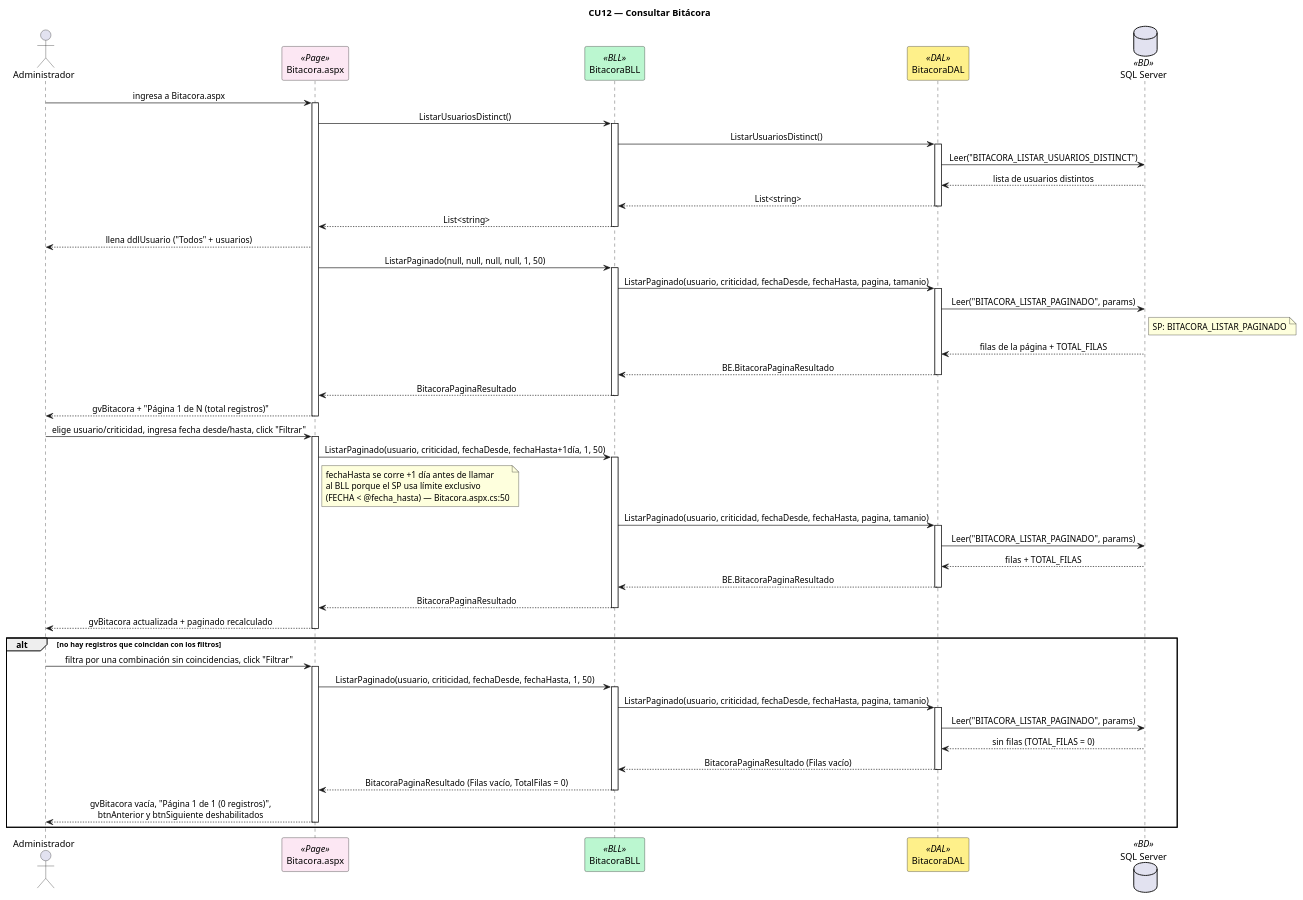
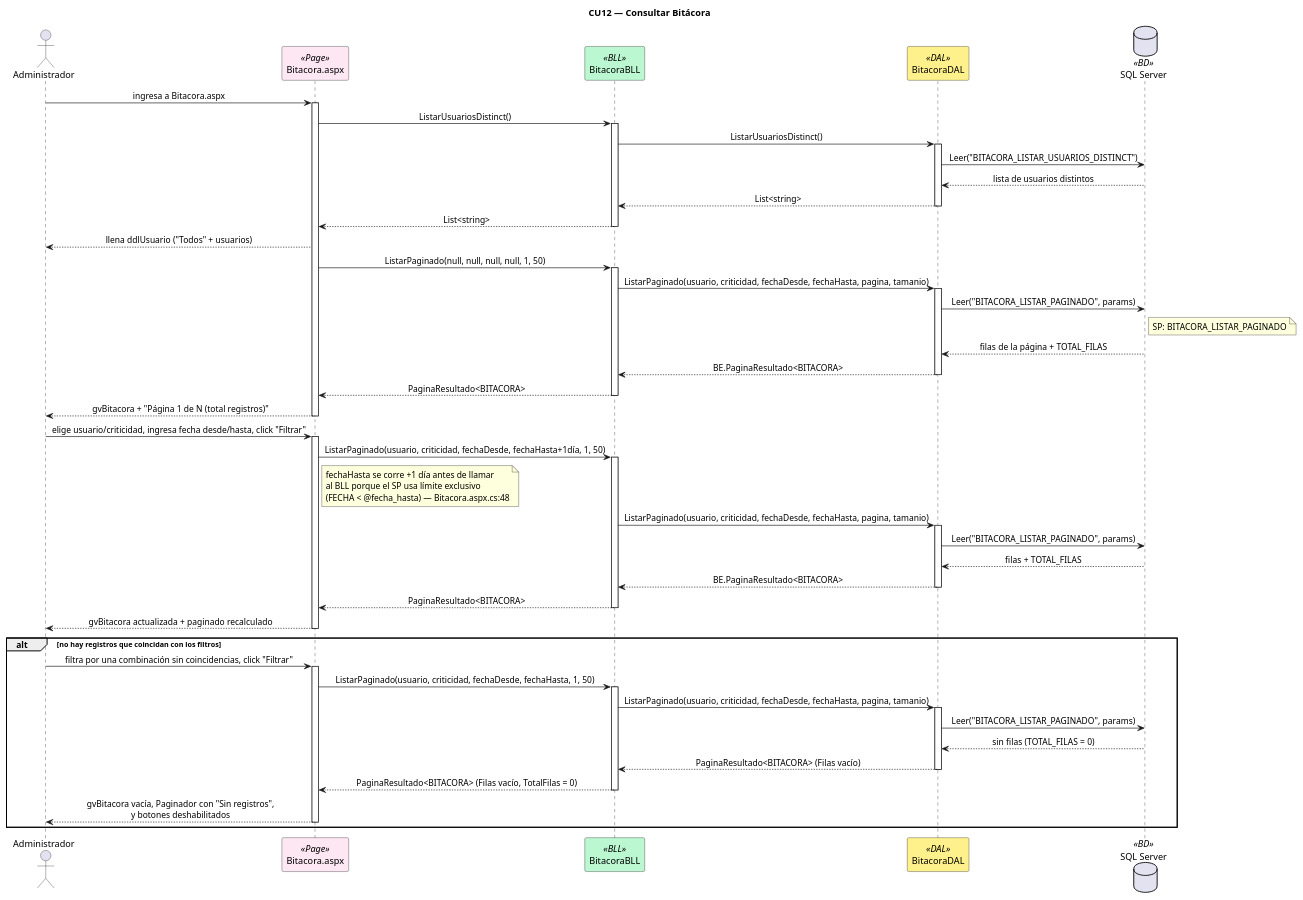
One commit to Urrels/tpDYAWeb changed the diagram in DIAGRAMAS/Secuencia_CU12_ConsultarBitacora.puml. Above: the diagram before and after it, drawn with PlantUML. The commit also changed 3 other files, not shown here.

Commit message:
docs(diagramas): reflejar el paginado en el diagrama de clases y en la secuencia del CU12

```diff
--- a/DIAGRAMAS/Secuencia_CU12_ConsultarBitacora.puml
+++ b/DIAGRAMAS/Secuencia_CU12_ConsultarBitacora.puml
@@ -1,84 +1,84 @@
 @startuml Secuencia_CU12_ConsultarBitacora
 title CU12 — Consultar Bitácora
 skinparam sequenceMessageAlign center
 skinparam shadowing false
 skinparam sequenceParticipant {
     BackgroundColor<<Page>> #FCE7F3
     BackgroundColor<<BLL>> #BBF7D0
     BackgroundColor<<DAL>> #FEF08A
     BackgroundColor<<BD>> #DBEAFE
 }
 
 actor Administrador as ADM
 participant "Bitacora.aspx" as PAGE <<Page>>
 participant "BitacoraBLL" as BLL <<BLL>>
 participant "BitacoraDAL" as DAL <<DAL>>
 database "SQL Server" as DB <<BD>>
 
 ADM -> PAGE : ingresa a Bitacora.aspx
 activate PAGE
 
 PAGE -> BLL : ListarUsuariosDistinct()
 activate BLL
 BLL -> DAL : ListarUsuariosDistinct()
 activate DAL
 DAL -> DB : Leer("BITACORA_LISTAR_USUARIOS_DISTINCT")
 DB --> DAL : lista de usuarios distintos
 DAL --> BLL : List<string>
 deactivate DAL
 BLL --> PAGE : List<string>
 deactivate BLL
 PAGE --> ADM : llena ddlUsuario ("Todos" + usuarios)
 
 PAGE -> BLL : ListarPaginado(null, null, null, null, 1, 50)
 activate BLL
 BLL -> DAL : ListarPaginado(usuario, criticidad, fechaDesde, fechaHasta, pagina, tamanio)
 activate DAL
 DAL -> DB : Leer("BITACORA_LISTAR_PAGINADO", params)
 note right of DB : SP: BITACORA_LISTAR_PAGINADO
 DB --> DAL : filas de la página + TOTAL_FILAS
-DAL --> BLL : BE.BitacoraPaginaResultado
+DAL --> BLL : BE.PaginaResultado<BITACORA>
 deactivate DAL
-BLL --> PAGE : BitacoraPaginaResultado
+BLL --> PAGE : PaginaResultado<BITACORA>
 deactivate BLL
 PAGE --> ADM : gvBitacora + "Página 1 de N (total registros)"
 deactivate PAGE
 
 ADM -> PAGE : elige usuario/criticidad, ingresa fecha desde/hasta, click "Filtrar"
 activate PAGE
 PAGE -> BLL : ListarPaginado(usuario, criticidad, fechaDesde, fechaHasta+1día, 1, 50)
 activate BLL
 note right of PAGE
   fechaHasta se corre +1 día antes de llamar
   al BLL porque el SP usa límite exclusivo
-  (FECHA < @fecha_hasta) — Bitacora.aspx.cs:50
+  (FECHA < @fecha_hasta) — Bitacora.aspx.cs:48
 end note
 BLL -> DAL : ListarPaginado(usuario, criticidad, fechaDesde, fechaHasta, pagina, tamanio)
 activate DAL
 DAL -> DB : Leer("BITACORA_LISTAR_PAGINADO", params)
 DB --> DAL : filas + TOTAL_FILAS
-DAL --> BLL : BE.BitacoraPaginaResultado
+DAL --> BLL : BE.PaginaResultado<BITACORA>
 deactivate DAL
-BLL --> PAGE : BitacoraPaginaResultado
+BLL --> PAGE : PaginaResultado<BITACORA>
 deactivate BLL
 PAGE --> ADM : gvBitacora actualizada + paginado recalculado
 deactivate PAGE
 
 alt no hay registros que coincidan con los filtros
   ADM -> PAGE : filtra por una combinación sin coincidencias, click "Filtrar"
   activate PAGE
   PAGE -> BLL : ListarPaginado(usuario, criticidad, fechaDesde, fechaHasta, 1, 50)
   activate BLL
   BLL -> DAL : ListarPaginado(usuario, criticidad, fechaDesde, fechaHasta, pagina, tamanio)
   activate DAL
   DAL -> DB : Leer("BITACORA_LISTAR_PAGINADO", params)
   DB --> DAL : sin filas (TOTAL_FILAS = 0)
-  DAL --> BLL : BitacoraPaginaResultado (Filas vacío)
+  DAL --> BLL : PaginaResultado<BITACORA> (Filas vacío)
   deactivate DAL
-  BLL --> PAGE : BitacoraPaginaResultado (Filas vacío, TotalFilas = 0)
+  BLL --> PAGE : PaginaResultado<BITACORA> (Filas vacío, TotalFilas = 0)
   deactivate BLL
-  PAGE --> ADM : gvBitacora vacía, "Página 1 de 1 (0 registros)",\nbtnAnterior y btnSiguiente deshabilitados
+  PAGE --> ADM : gvBitacora vacía, Paginador con "Sin registros",\ny botones deshabilitados
   deactivate PAGE
 end
 
 @enduml
```
